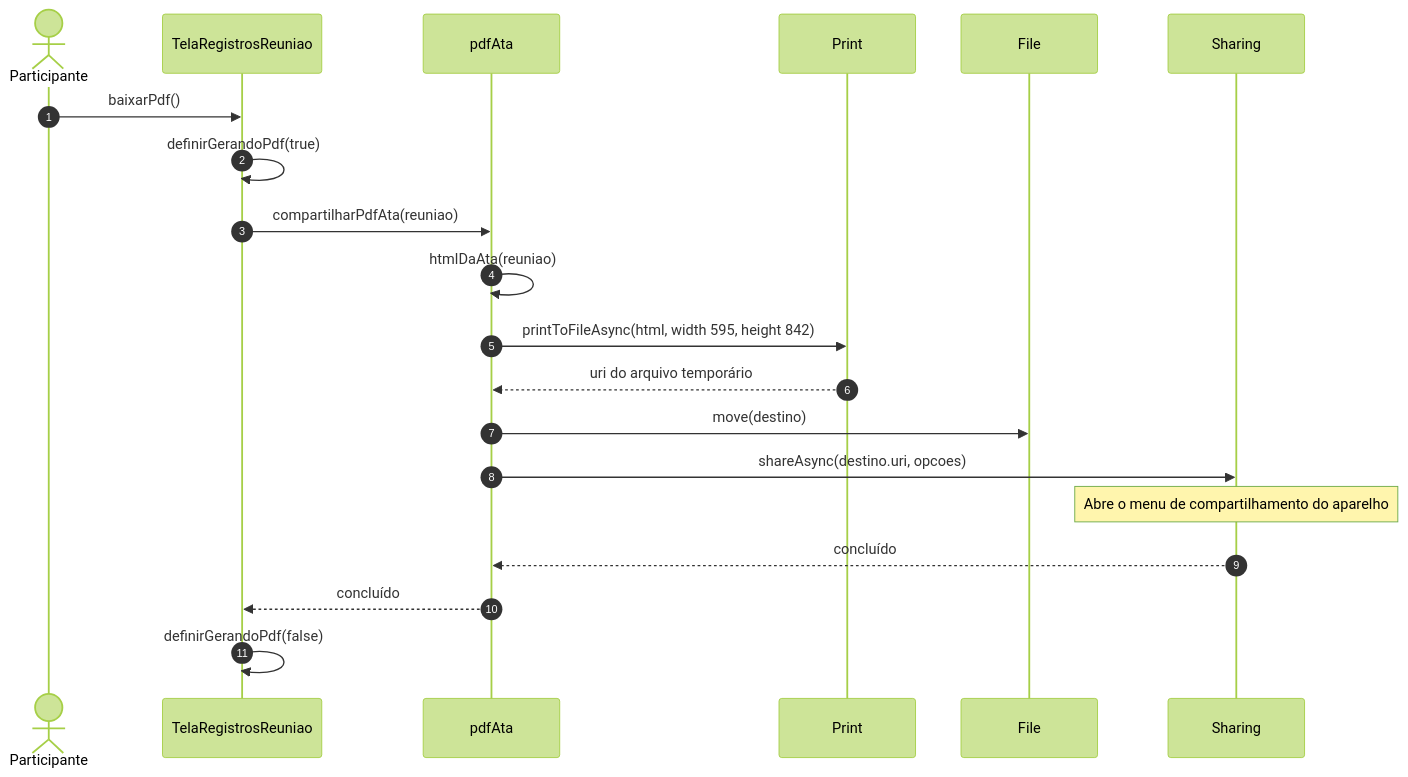
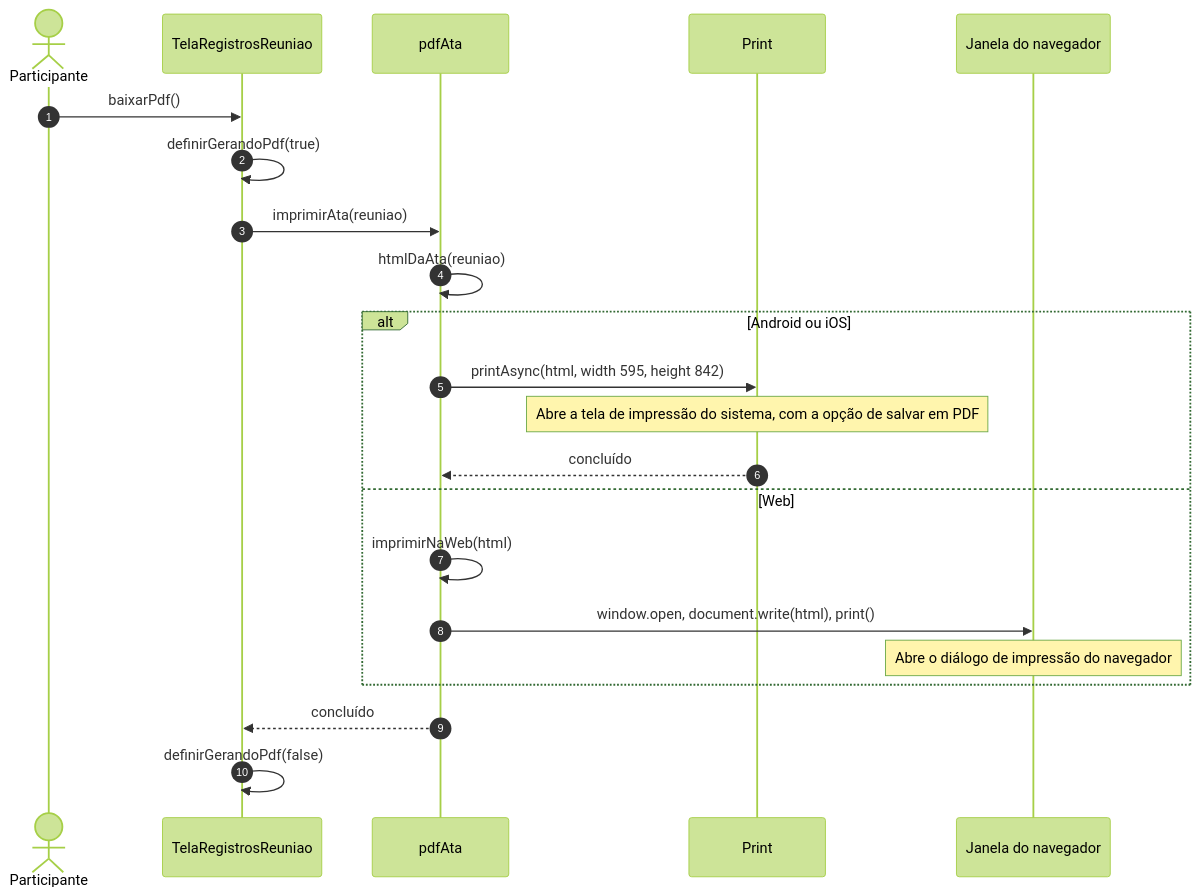
Before and after one commit to Conecta-IFSP/DOCUMENTATION: the eighth of 8 diagrams in 4 - Incremento3/atas/6 - diagramas-sequencia-atas.md, drawn with Mermaid (forest theme). The commit also changed 6 other files, not shown here.

Commit message:
Documenta as versões anteriores e o PDF da ata

````diff
--- a/4 - Incremento3/atas/6 - diagramas-sequencia-atas.md
+++ b/4 - Incremento3/atas/6 - diagramas-sequencia-atas.md
@@ -284,22 +284,24 @@
 ```mermaid
 sequenceDiagram
     autonumber
     actor U as Participante
     participant T as TelaRegistrosReuniao
     participant P as pdfAta
     participant I as Print
-    participant F as File
-    participant H as Sharing
+    participant J as Janela do navegador
     U->>T: baixarPdf()
     T->>T: definirGerandoPdf(true)
-    T->>P: compartilharPdfAta(reuniao)
+    T->>P: imprimirAta(reuniao)
     P->>P: htmlDaAta(reuniao)
-    P->>I: printToFileAsync(html, width 595, height 842)
-    I-->>P: uri do arquivo temporário
-    P->>F: move(destino)
-    P->>H: shareAsync(destino.uri, opcoes)
-    Note over H: Abre o menu de compartilhamento do aparelho
-    H-->>P: concluído
+    alt Android ou iOS
+        P->>I: printAsync(html, width 595, height 842)
+        Note over I: Abre a tela de impressão do sistema, com a opção de salvar em PDF
+        I-->>P: concluído
+    else Web
+        P->>P: imprimirNaWeb(html)
+        P->>J: window.open, document.write(html), print()
+        Note over J: Abre o diálogo de impressão do navegador
+    end
     P-->>T: concluído
     T->>T: definirGerandoPdf(false)
 ```
````
